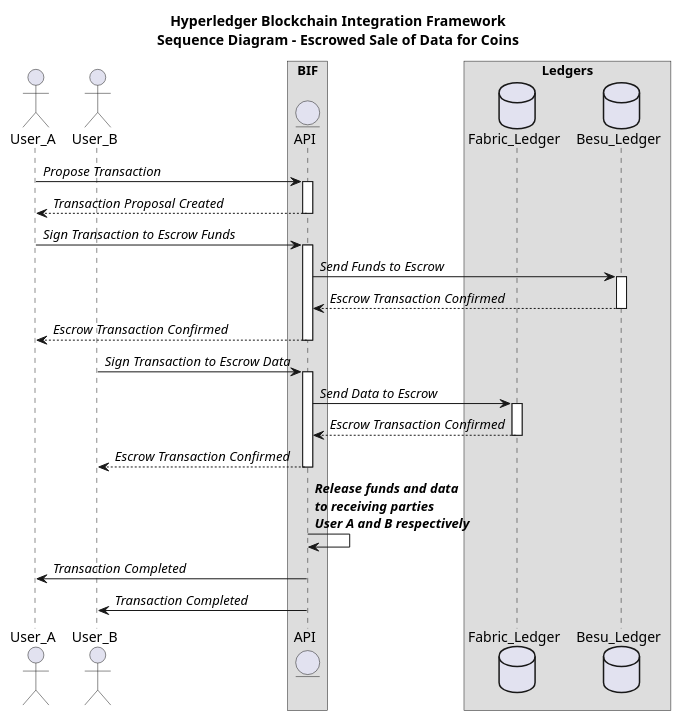
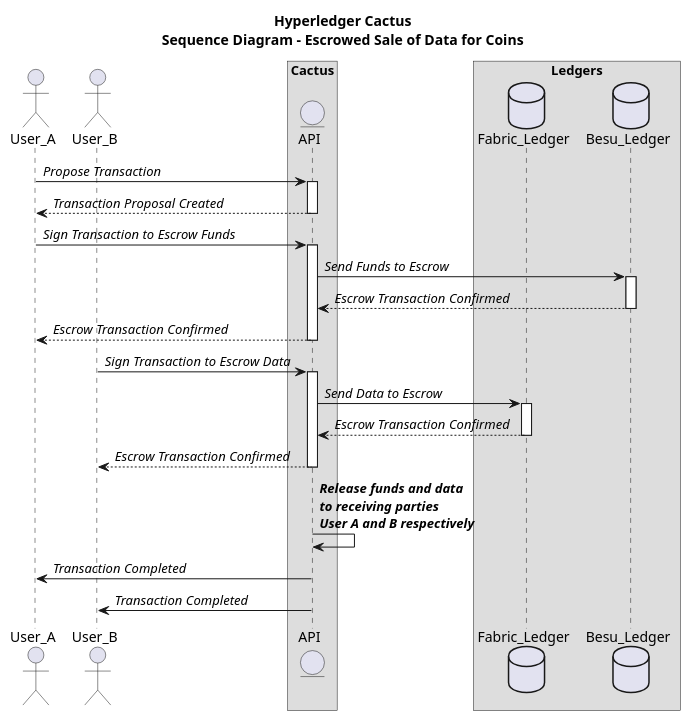
The diagram in docs/whitepaper/use-case-sequence-diagram-escrowed-sale-of-data-for-coins.puml (hyperledger-cacti/cacti), drawn with PlantUML before and after one commit. The commit also changed 32 other files, not shown here.

Commit message:
docs: Name change to Hyperledger Cactus

```diff
--- a/docs/whitepaper/use-case-sequence-diagram-escrowed-sale-of-data-for-coins.puml
+++ b/docs/whitepaper/use-case-sequence-diagram-escrowed-sale-of-data-for-coins.puml
@@ -1,39 +1,39 @@
 @startuml Sequence Diagram - Escrowed Sale of Data for Coins
 
 skinparam ArrowFontStyle italic
 
-title Hyperledger Blockchain Integration Framework\nSequence Diagram - Escrowed Sale of Data for Coins
+title Hyperledger Cactus\nSequence Diagram - Escrowed Sale of Data for Coins
 
 actor User_A as a
 actor User_B as b
 
-box BIF
+box Cactus
 entity "API" as api
 end box
 
 box "Ledgers"
 database Fabric_Ledger as d1
 database Besu_Ledger as d2
 end box
 
 autoactivate on
 
 a -> api: Propose Transaction
 return Transaction Proposal Created
 
 a -> api: Sign Transaction to Escrow Funds
   api -> d2: Send Funds to Escrow
   return Escrow Transaction Confirmed
 return Escrow Transaction Confirmed
 
 b -> api: Sign Transaction to Escrow Data
   api -> d1: Send Data to Escrow
   return Escrow Transaction Confirmed
 return Escrow Transaction Confirmed
 
 autoactivate off
 api -> api: **Release funds and data**\n**to receiving parties**\n**User A and B respectively**
 api -> a: Transaction Completed
 api -> b: Transaction Completed
 
 @enduml
```
